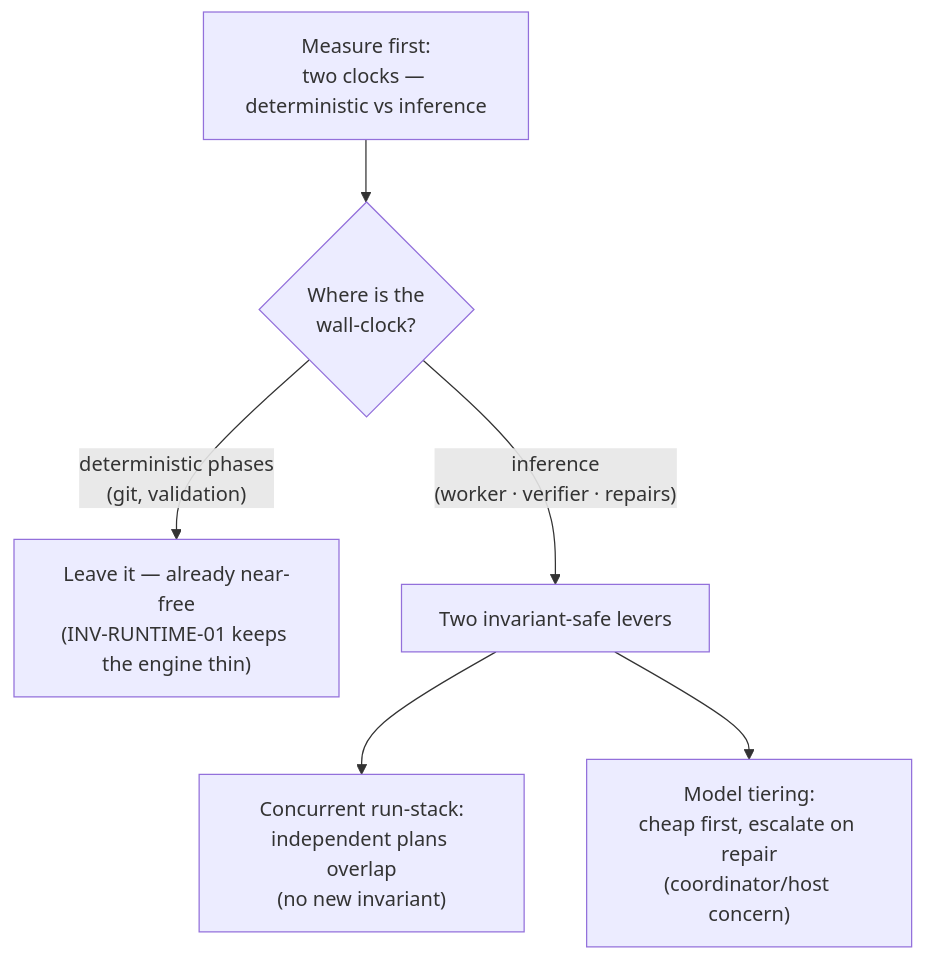
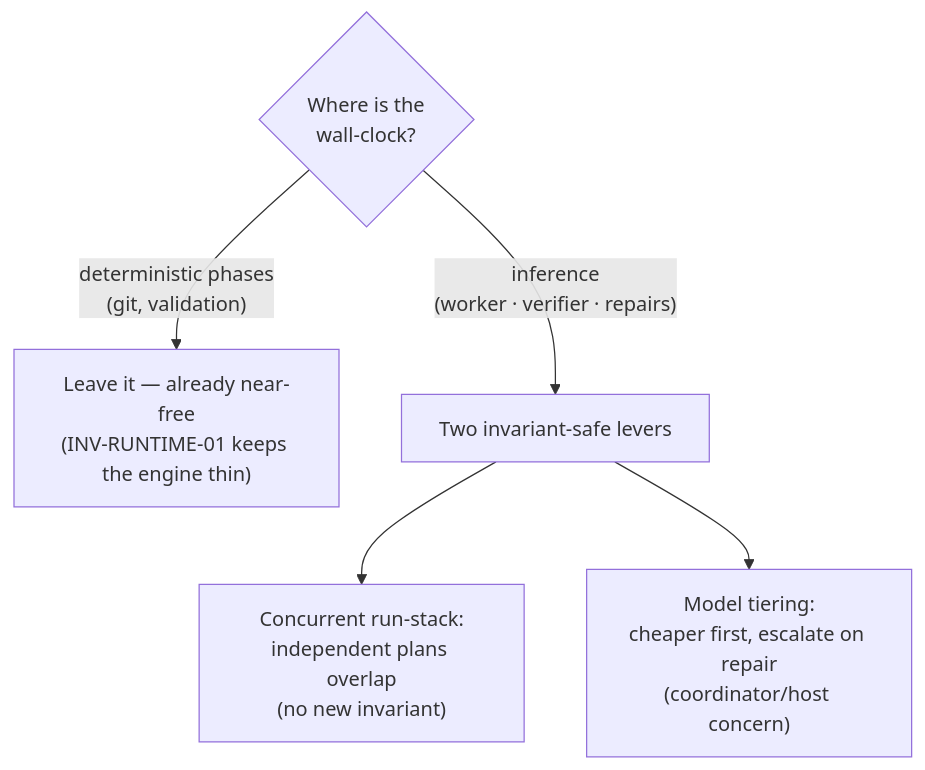
One commit to kaotypr/context-circuit-source changed the diagram in sources/system-design/context-circuit/v0.7.0/execution-latency/design.md. Above: the diagram before and after it, drawn with Mermaid. The commit also changed other lines of this file and 4 other files, not shown here.

````diff
--- a/sources/system-design/context-circuit/v0.7.0/execution-latency/design.md
+++ b/sources/system-design/context-circuit/v0.7.0/execution-latency/design.md
@@ -26,8 +26,8 @@
 ```mermaid
 flowchart TB
-  M["Measure first:<br/>two clocks — deterministic vs inference"] --> W{"Where is the<br/>wall-clock?"}
+  W{"Where is the<br/>wall-clock?"}
   W -->|"deterministic phases<br/>(git, validation)"| K["Leave it — already near-free<br/>(INV-RUNTIME-01 keeps the engine thin)"]
   W -->|"inference<br/>(worker · verifier · repairs)"| L["Two invariant-safe levers"]
   L --> C["Concurrent run-stack:<br/>independent plans overlap<br/>(no new invariant)"]
-  L --> T["Model tiering:<br/>cheap first, escalate on repair<br/>(coordinator/host concern)"]
+  L --> T["Model tiering:<br/>cheaper first, escalate on repair<br/>(coordinator/host concern)"]
 ```
````
